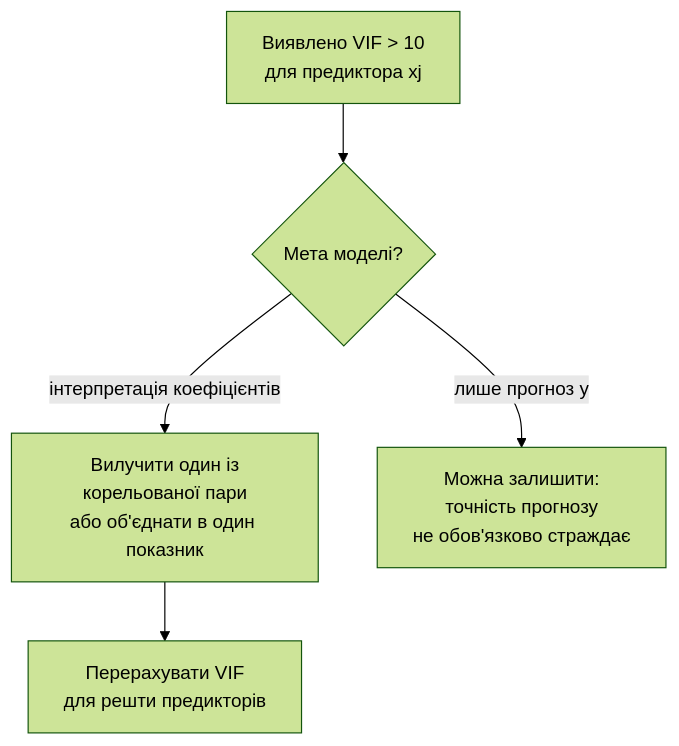
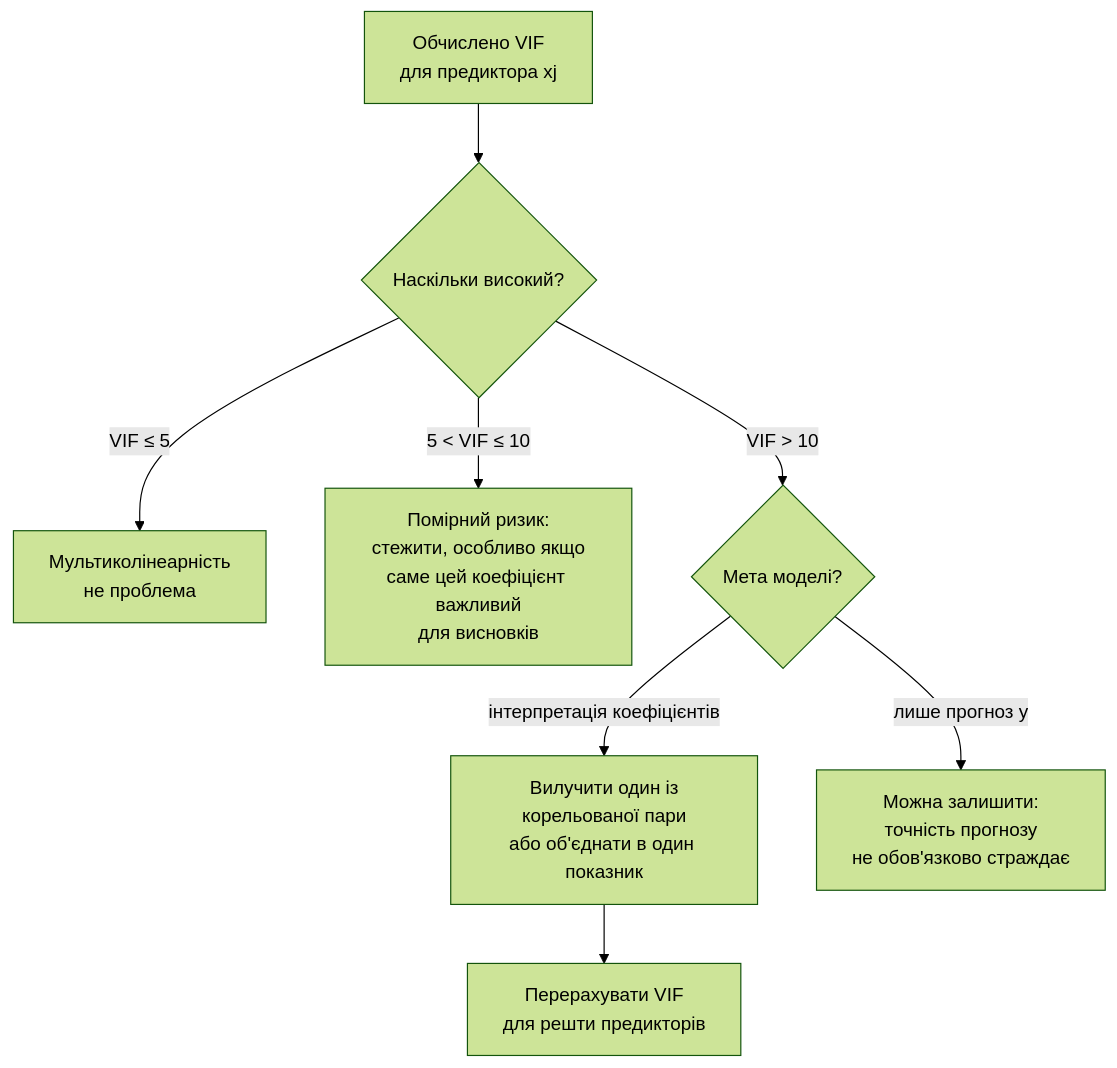
The first of 2 diagrams in docs/lectures/18-multiple-regression.md (Artemiiiiii/Redchuk-Artem-it41), drawn with Mermaid (forest theme) before and after one commit. The commit also changed other lines of this file and 21 other files, not shown here.

````diff
--- a/docs/lectures/18-multiple-regression.md
+++ b/docs/lectures/18-multiple-regression.md
@@ -444,7 +455,10 @@
 ```mermaid
 flowchart TD
-    A["Виявлено VIF > 10\nдля предиктора xj"] --> B{"Мета моделі?"}
-    B -->|"інтерпретація коефіцієнтів"| C["Вилучити один із\nкорельованої пари\nабо об'єднати в один показник"]
-    B -->|"лише прогноз y"| D["Можна залишити:\nточність прогнозу\nне обов'язково страждає"]
+    A["Обчислено VIF\nдля предиктора xj"] --> B{"Наскільки високий?"}
+    B -->|"VIF ≤ 5"| Z["Мультиколінеарність\nне проблема"]
+    B -->|"5 &lt; VIF ≤ 10"| W["Помірний ризик:\nстежити, особливо якщо\nсаме цей коефіцієнт важливий\nдля висновків"]
+    B -->|"VIF > 10"| G{"Мета моделі?"}
+    G -->|"інтерпретація коефіцієнтів"| C["Вилучити один із\nкорельованої пари\nабо об'єднати в один показник"]
+    G -->|"лише прогноз y"| D["Можна залишити:\nточність прогнозу\nне обов'язково страждає"]
     C --> E["Перерахувати VIF\nдля решти предикторів"]
 ```
````
